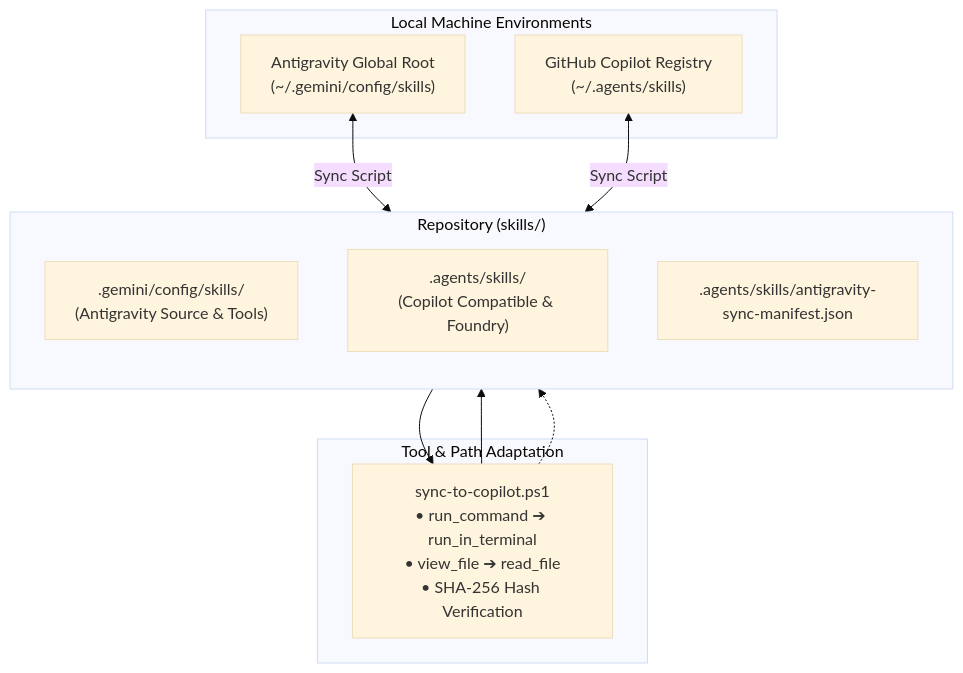
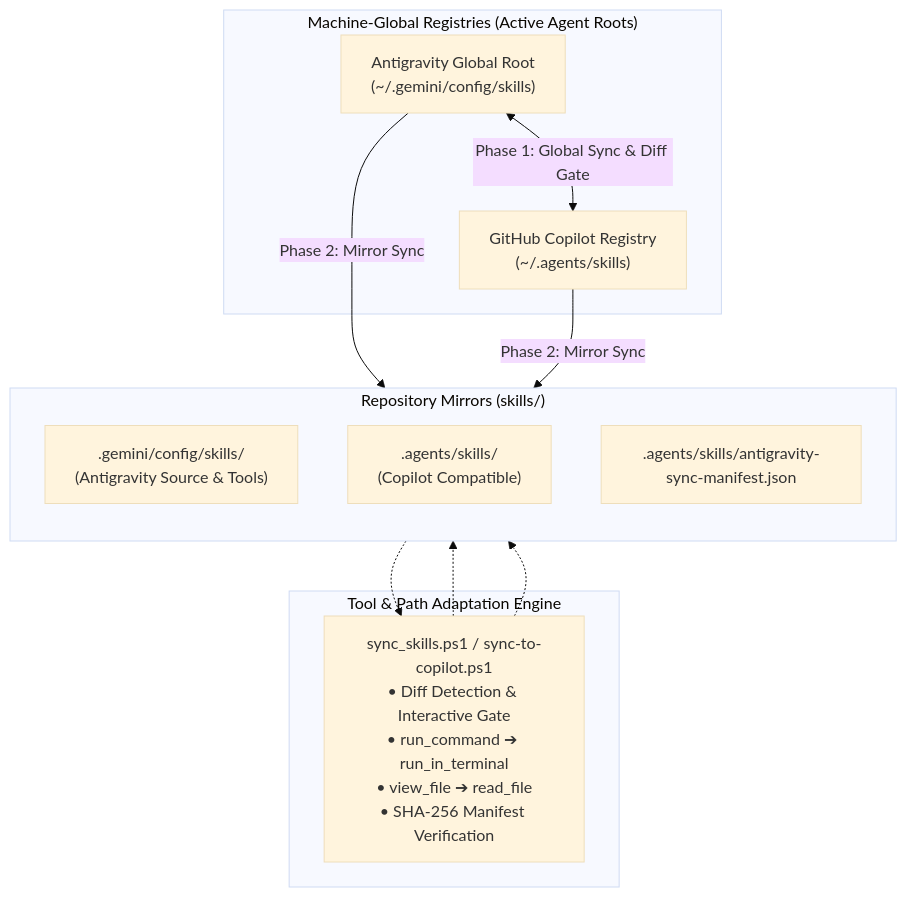
Before and after one commit to henryhyunwookim/agent-skills-and-policies: the second of 2 diagrams in README.md, drawn with Mermaid (base theme). The commit also changed other lines of this file and 205 other files, not shown here.

Commit message:
feat(skills): sync global registries and workspace mirrors, add cloud-deploy and sync-skills

````diff
--- a/README.md
+++ b/README.md
@@ -14,24 +36,25 @@
 ```mermaid
 flowchart TD
-    subgraph Local["Local Machine Environments"]
+    subgraph Local["Machine-Global Registries (Active Agent Roots)"]
         AGY_LOCAL["Antigravity Global Root\n(~/.gemini/config/skills)"]
         COP_LOCAL["GitHub Copilot Registry\n(~/.agents/skills)"]
     end
 
-    subgraph Repo["Repository (skills/)"]
+    subgraph Repo["Repository Mirrors (skills/)"]
         direction TB
         REPO_GEMINI[".gemini/config/skills/\n(Antigravity Source & Tools)"]
-        REPO_AGENTS[".agents/skills/\n(Copilot Compatible & Foundry)"]
+        REPO_AGENTS[".agents/skills/\n(Copilot Compatible)"]
         MANIFEST[".agents/skills/antigravity-sync-manifest.json"]
     end
 
-    subgraph SyncEngine["Tool & Path Adaptation"]
-        TRANSFORM["sync-to-copilot.ps1\n• run_command ➔ run_in_terminal\n• view_file ➔ read_file\n• SHA-256 Hash Verification"]
+    subgraph SyncEngine["Tool & Path Adaptation Engine"]
+        DIFF["sync_skills.ps1 / sync-to-copilot.ps1\n• Diff Detection & Interactive Gate\n• run_command ➔ run_in_terminal\n• view_file ➔ read_file\n• SHA-256 Manifest Verification"]
     end
 
-    AGY_LOCAL <-->|Sync Script| REPO_GEMINI
-    COP_LOCAL <-->|Sync Script| REPO_AGENTS
-    REPO_GEMINI --> TRANSFORM
-    TRANSFORM --> REPO_AGENTS
-    TRANSFORM -.-> MANIFEST
+    AGY_LOCAL <-->|Phase 1: Global Sync & Diff Gate| COP_LOCAL
+    AGY_LOCAL -->|Phase 2: Mirror Sync| REPO_GEMINI
+    COP_LOCAL -->|Phase 2: Mirror Sync| REPO_AGENTS
+    REPO_GEMINI -.-> DIFF
+    DIFF -.-> REPO_AGENTS
+    DIFF -.-> MANIFEST
 ```
````
